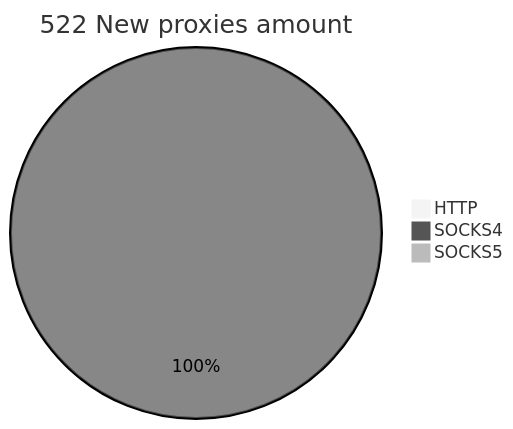
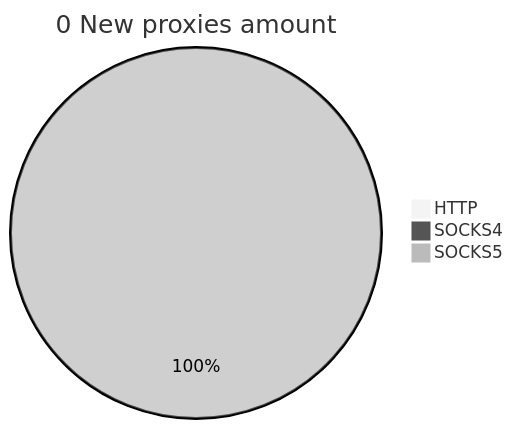
One commit to cutipu/proxylist changed the second of 2 diagrams in README.md. Above: the diagram before and after it, drawn with Mermaid (neutral theme). The commit also changed other lines of this file, not shown here.

````diff
--- a/README.md
+++ b/README.md
@@ -10,6 +10,6 @@
 ```mermaid
-pie title 522 New proxies amount
+pie title 0 New proxies amount
     "HTTP" : 0
-    "SOCKS4" : 581
-    "SOCKS5" : 0
+    "SOCKS4" : 0
+    "SOCKS5" : 3
 ```
````
